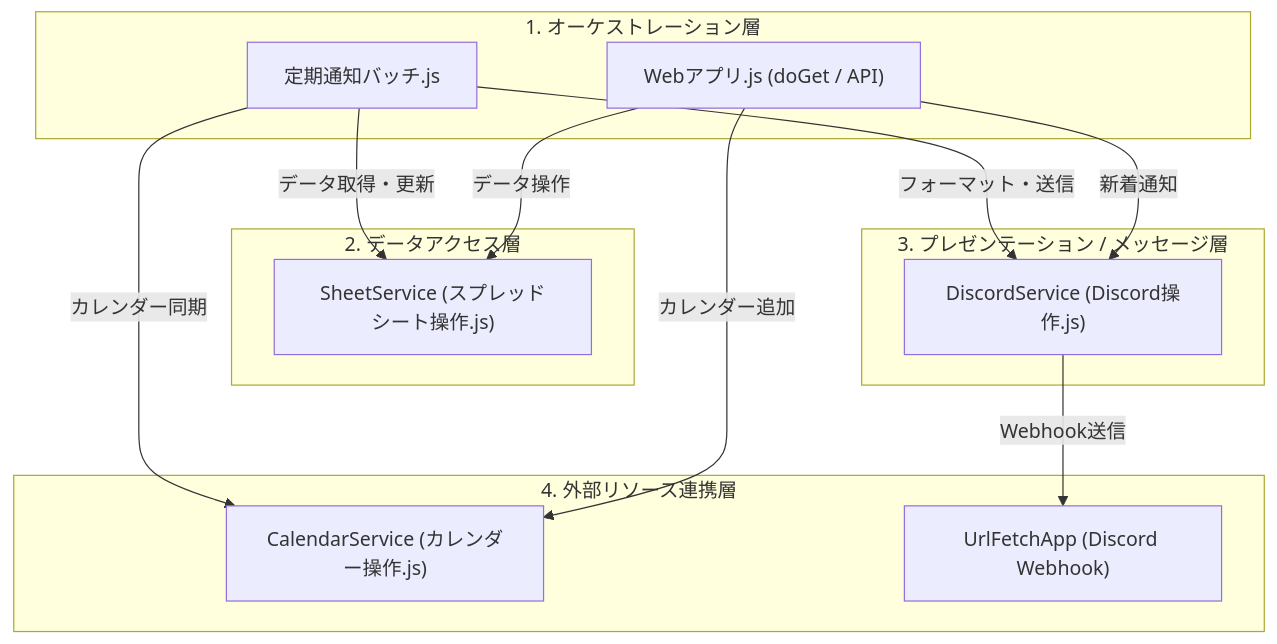
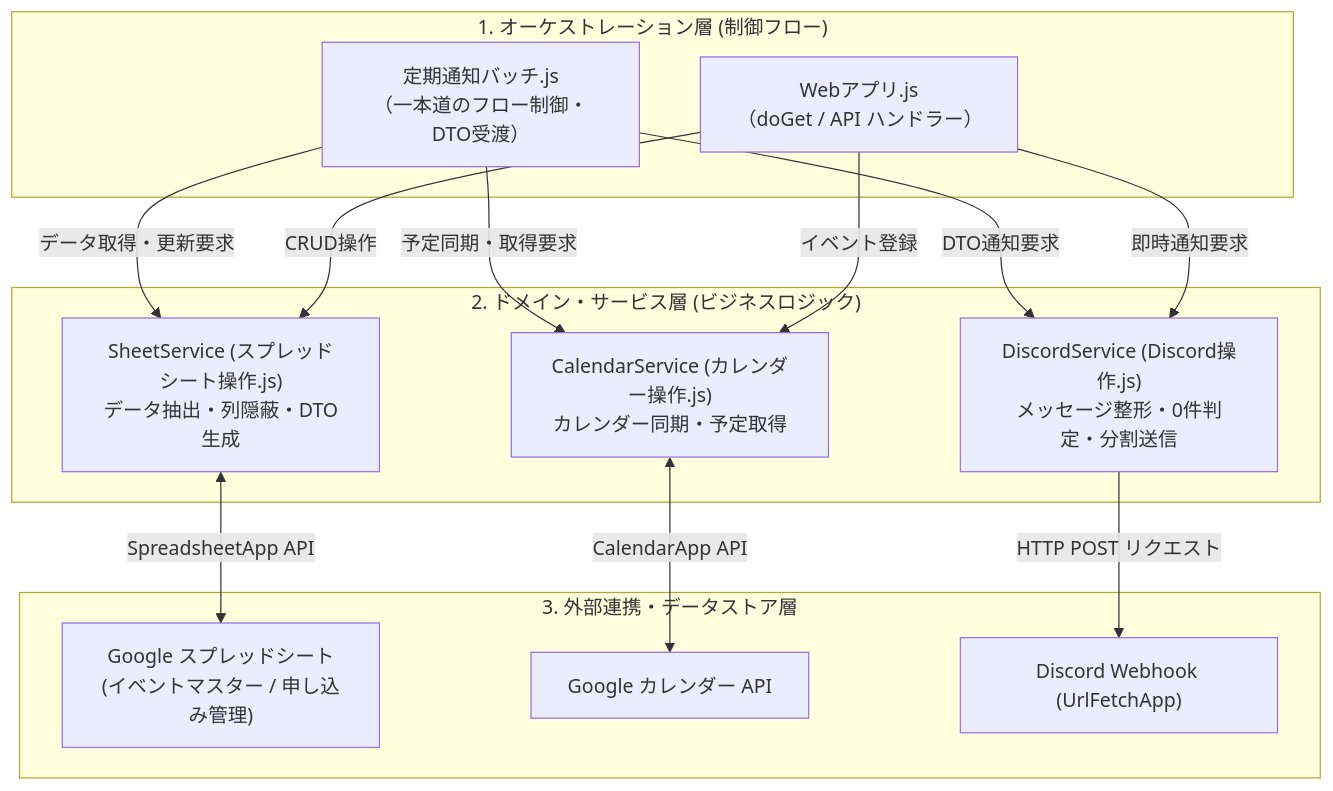
One commit to miyagey/discord-notifier changed the diagram in docs/ARCHITECTURE.md. Above: the diagram before and after it, drawn with Mermaid. The commit also changed other lines of this file and 10 other files, not shown here.

Commit message:
refactor: batch orchestration, docs maintenance, and CI/CD separation

````diff
--- a/docs/ARCHITECTURE.md
+++ b/docs/ARCHITECTURE.md
@@ -11,30 +11,31 @@
 ```mermaid
 flowchart TD
-    subgraph Orchestration ["1. オーケストレーション層"]
-        Batch["定期通知バッチ.js"]
-        WebApp["Webアプリ.js (doGet / API)"]
+    subgraph OrchestrationLayer ["1. オーケストレーション層 (制御フロー)"]
+        Batch["定期通知バッチ.js<br>（一本道のフロー制御・DTO受渡）"]
+        WebApp["Webアプリ.js<br>（doGet / API ハンドラー）"]
     end
 
-    subgraph DataAccess ["2. データアクセス層"]
-        SheetService["SheetService (スプレッドシート操作.js)"]
+    subgraph ServiceLayer ["2. ドメイン・サービス層 (ビジネスロジック)"]
+        SheetService["SheetService (スプレッドシート操作.js)<br>データ抽出・列隠蔽・DTO生成"]
+        CalendarService["CalendarService (カレンダー操作.js)<br>カレンダー同期・予定取得"]
+        DiscordService["DiscordService (Discord操作.js)<br>メッセージ整形・0件判定・分割送信"]
     end
 
-    subgraph Presentation ["3. プレゼンテーション / メッセージ層"]
-        DiscordService["DiscordService (Discord操作.js)"]
+    subgraph ExternalLayer ["3. 外部連携・データストア層"]
+        GSheet["Google スプレッドシート<br>(イベントマスター / 申し込み管理)"]
+        GCal["Google カレンダー API"]
+        Discord["Discord Webhook (UrlFetchApp)"]
     end
 
-    subgraph External ["4. 外部リソース連携層"]
-        CalendarService["CalendarService (カレンダー操作.js)"]
-        UrlFetch["UrlFetchApp (Discord Webhook)"]
-    end
+    Batch -->|"データ取得・更新要求"| SheetService
+    Batch -->|"予定同期・取得要求"| CalendarService
+    Batch -->|"DTO通知要求"| DiscordService
 
-    Batch -->|"データ取得・更新"| SheetService
-    Batch -->|"フォーマット・送信"| DiscordService
-    Batch -->|"カレンダー同期"| CalendarService
+    WebApp -->|"CRUD操作"| SheetService
+    WebApp -->|"イベント登録"| CalendarService
+    WebApp -->|"即時通知要求"| DiscordService
 
-    WebApp -->|"データ操作"| SheetService
-    WebApp -->|"新着通知"| DiscordService
-    WebApp -->|"カレンダー追加"| CalendarService
-
-    DiscordService -->|"Webhook送信"| UrlFetch
+    SheetService <-->|"SpreadsheetApp API"| GSheet
+    CalendarService <-->|"CalendarApp API"| GCal
+    DiscordService -->|"HTTP POST リクエスト"| Discord
 ```
````
